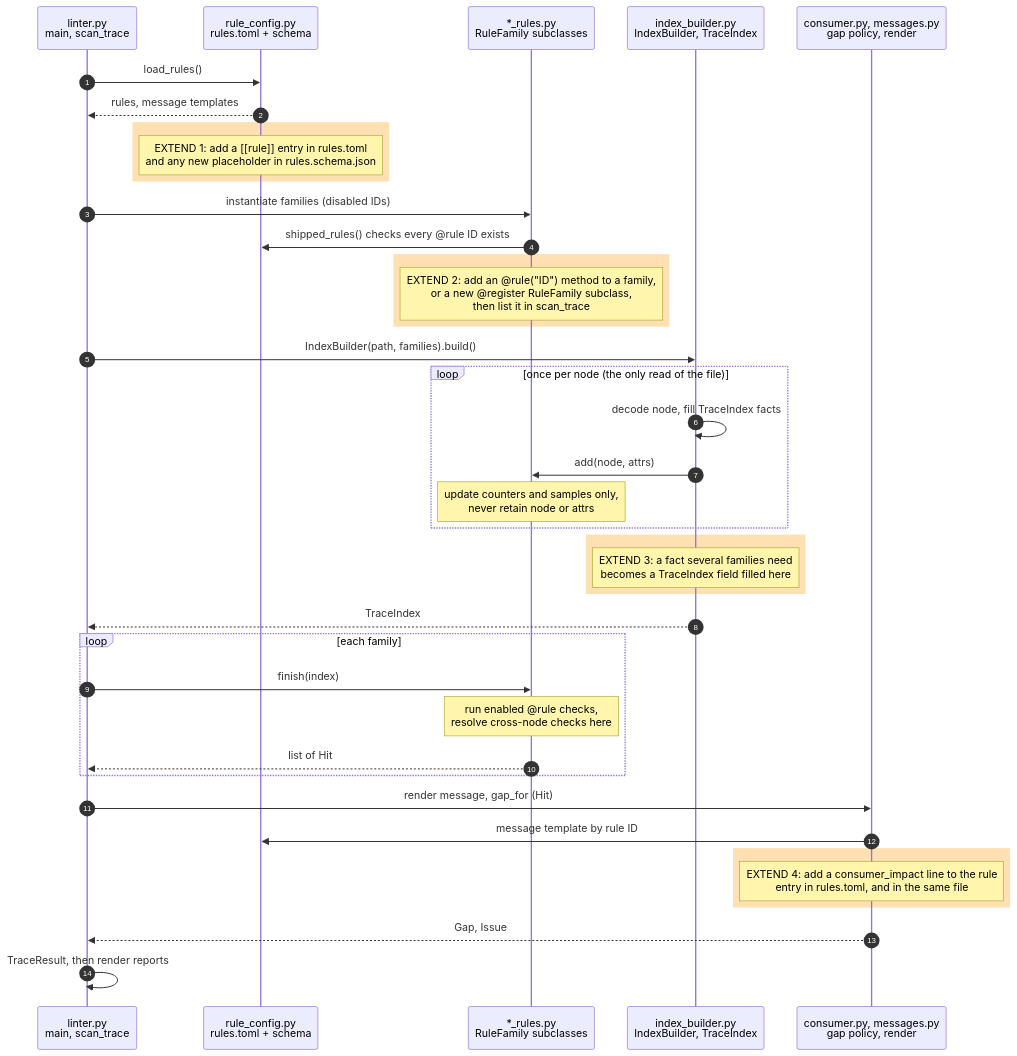
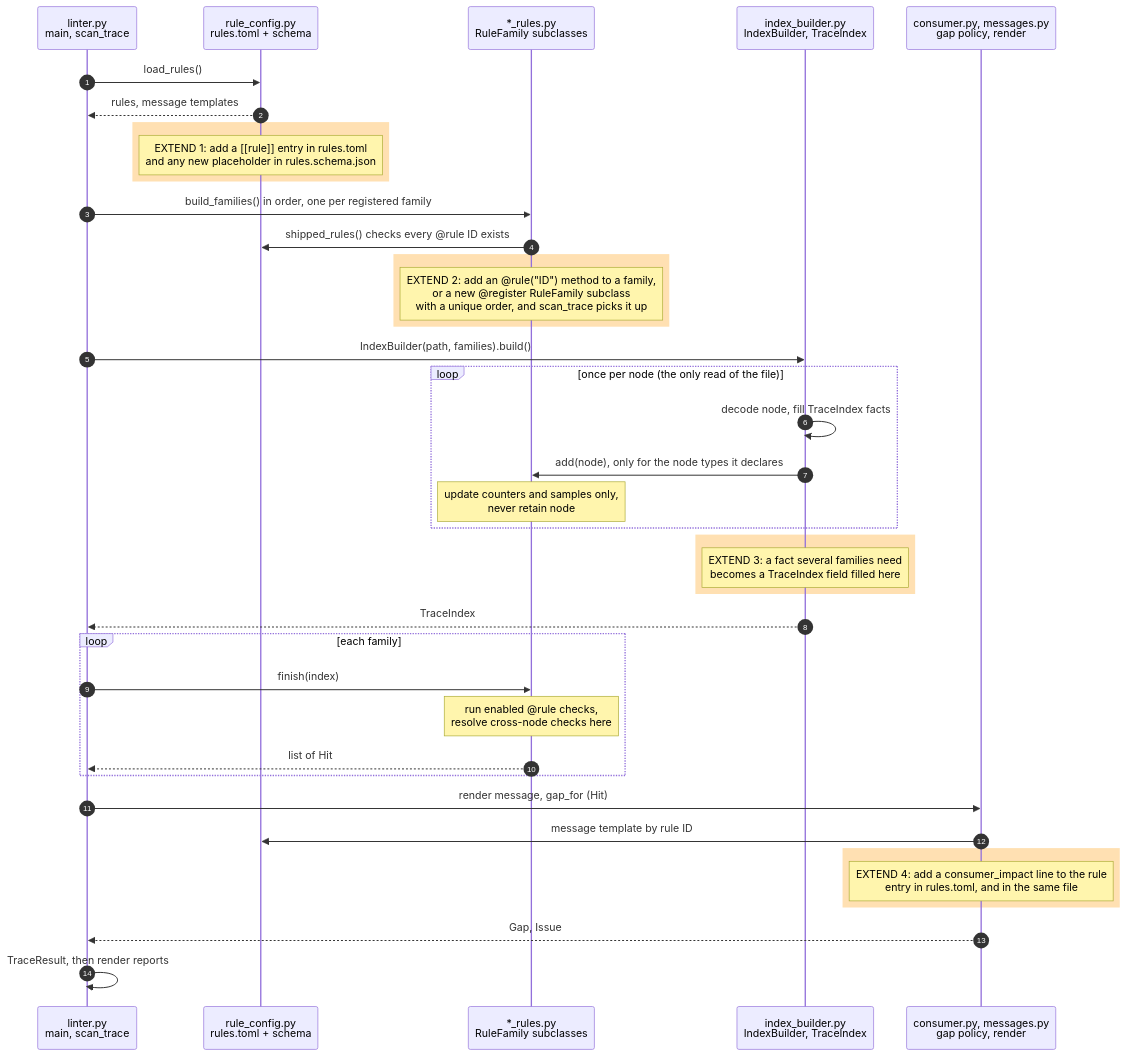
The diagram in src/linter/README.md (Keysight/chakra), drawn with Mermaid before and after one commit. The commit also changed other lines of this file and 13 other files, not shown here.

Commit message:
Refactor linter to auto-register rule families and dispatch nodes by type, speeding up the index pass.

````diff
--- a/src/linter/README.md
+++ b/src/linter/README.md
@@ -98,53 +98,53 @@
 ```mermaid
 sequenceDiagram
     autonumber
     participant CLI as linter.py<br/>main, scan_trace
     participant CFG as rule_config.py<br/>rules.toml + schema
     participant FAM as *_rules.py<br/>RuleFamily subclasses
     participant IDX as index_builder.py<br/>IndexBuilder, TraceIndex
     participant POL as consumer.py, messages.py<br/>gap policy, render
 
     CLI->>CFG: load_rules()
     CFG-->>CLI: rules, message templates
 
     rect rgb(255, 224, 178)
     Note over CFG: EXTEND 1: add a [[rule]] entry in rules.toml<br/>and any new placeholder in rules.schema.json
     end
 
-    CLI->>FAM: instantiate families (disabled IDs)
+    CLI->>FAM: build_families() in order, one per registered family
     FAM->>CFG: shipped_rules() checks every @rule ID exists
 
     rect rgb(255, 224, 178)
-    Note over FAM: EXTEND 2: add an @rule("ID") method to a family,<br/>or a new @register RuleFamily subclass,<br/>then list it in scan_trace
+    Note over FAM: EXTEND 2: add an @rule("ID") method to a family,<br/>or a new @register RuleFamily subclass<br/>with a unique order, and scan_trace picks it up
     end
 
     CLI->>IDX: IndexBuilder(path, families).build()
 
     loop once per node (the only read of the file)
         IDX->>IDX: decode node, fill TraceIndex facts
-        IDX->>FAM: add(node, attrs)
-        Note over FAM: update counters and samples only,<br/>never retain node or attrs
+        IDX->>FAM: add(node), only for the node types it declares
+        Note over FAM: update counters and samples only,<br/>never retain node
     end
 
     rect rgb(255, 224, 178)
     Note over IDX: EXTEND 3: a fact several families need<br/>becomes a TraceIndex field filled here
     end
 
     IDX-->>CLI: TraceIndex
 
     loop each family
         CLI->>FAM: finish(index)
         Note over FAM: run enabled @rule checks,<br/>resolve cross-node checks here
         FAM-->>CLI: list of Hit
     end
 
     CLI->>POL: render message, gap_for (Hit)
     POL->>CFG: message template by rule ID
 
     rect rgb(255, 224, 178)
     Note over POL: EXTEND 4: add a consumer_impact line to the rule<br/>entry in rules.toml, and in the same file
     end
 
     POL-->>CLI: Gap, Issue
     CLI->>CLI: TraceResult, then render reports
 ```
````
